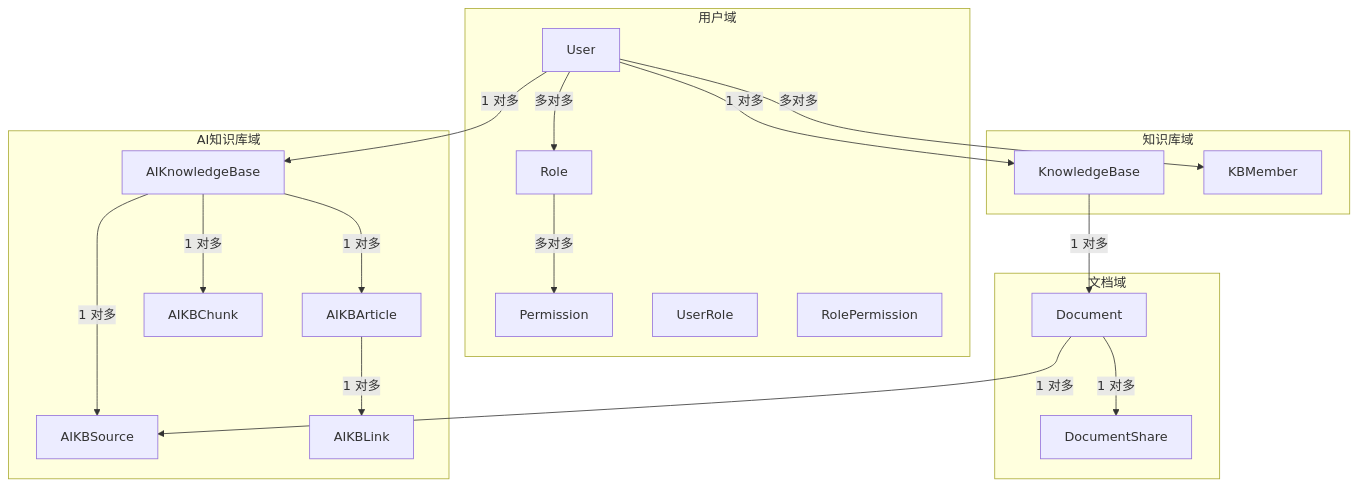
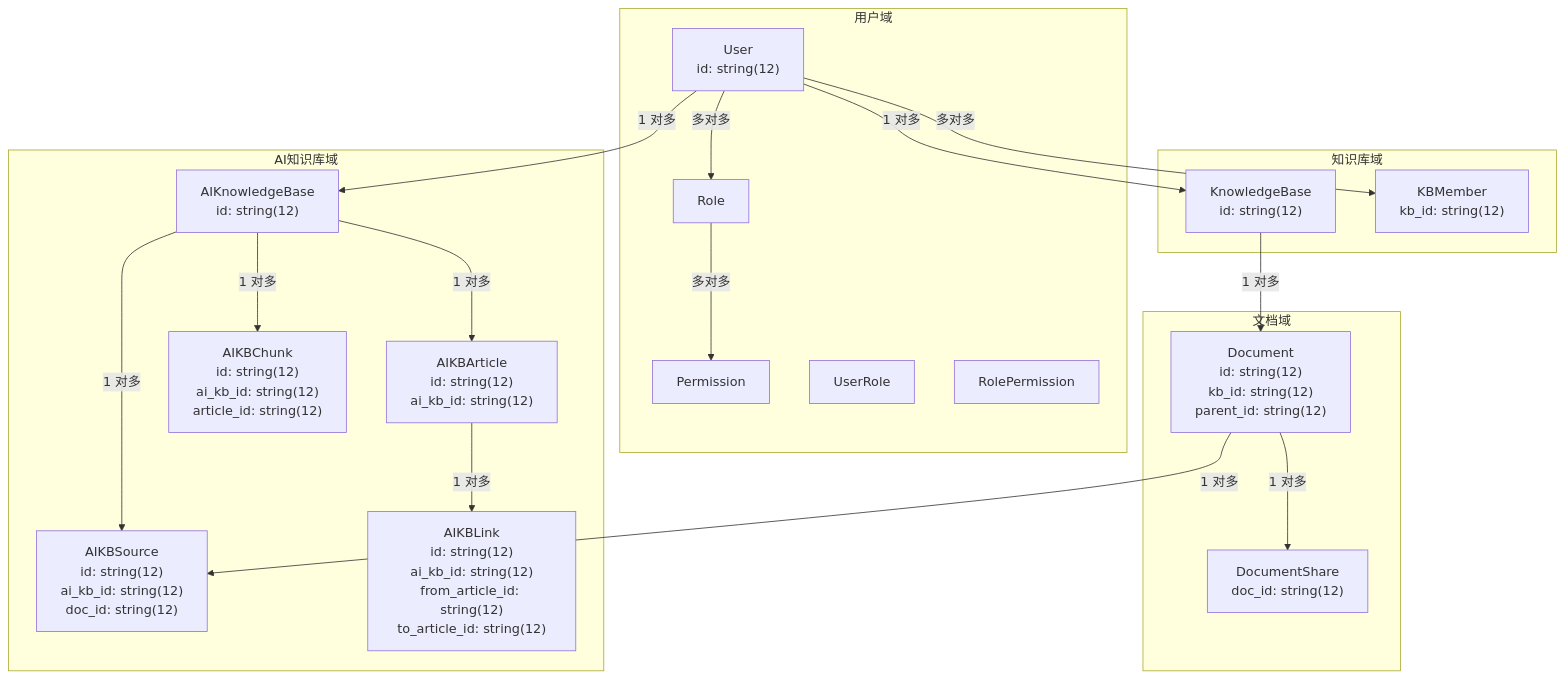
Before and after one commit to beyondalbert/my_wiki: the second of 7 diagrams in .qoder/repowiki/zh/content/数据模型设计/数据模型设计.md, drawn with Mermaid. The commit also changed other lines of this file and 21 other files, not shown here.

````diff
--- a/.qoder/repowiki/zh/content/数据模型设计/数据模型设计.md
+++ b/.qoder/repowiki/zh/content/数据模型设计/数据模型设计.md
@@ -139,37 +166,37 @@
 ```mermaid
 graph TB
 subgraph "用户域"
-U["User"]
+U["User<br/>id: string(12)"]
 R["Role"]
 P["Permission"]
 UR["UserRole"]
 RP["RolePermission"]
 end
 subgraph "知识库域"
-KB["KnowledgeBase"]
-KBM["KBMember"]
+KB["KnowledgeBase<br/>id: string(12)"]
+KBM["KBMember<br/>kb_id: string(12)"]
 end
 subgraph "文档域"
-D["Document"]
-DS["DocumentShare"]
+D["Document<br/>id: string(12)<br/>kb_id: string(12)<br/>parent_id: string(12)"]
+DS["DocumentShare<br/>doc_id: string(12)"]
 end
 subgraph "AI知识库域"
-AIKB["AIKnowledgeBase"]
-AISK["AIKBSource"]
-AIA["AIKBArticle"]
-AIL["AIKBLink"]
-AIC["AIKBChunk"]
+AIKB["AIKnowledgeBase<br/>id: string(12)"]
+AISK["AIKBSource<br/>id: string(12)<br/>ai_kb_id: string(12)<br/>doc_id: string(12)"]
+AIA["AIKBArticle<br/>id: string(12)<br/>ai_kb_id: string(12)"]
+AIL["AIKBLink<br/>id: string(12)<br/>ai_kb_id: string(12)<br/>from_article_id: string(12)<br/>to_article_id: string(12)"]
+AIC["AIKBChunk<br/>id: string(12)<br/>ai_kb_id: string(12)<br/>article_id: string(12)"]
 end
 U -- "1 对多" --> KB
 U -- "多对多" --> R
 R -- "多对多" --> P
 U -- "多对多" --> KBM
 KB -- "1 对多" --> D
 D -- "1 对多" --> DS
 U -- "1 对多" --> AIKB
 AIKB -- "1 对多" --> AISK
 AIKB -- "1 对多" --> AIA
 AIA -- "1 对多" --> AIL
 AIKB -- "1 对多" --> AIC
 D -- "1 对多" --> AISK
 ```
````
